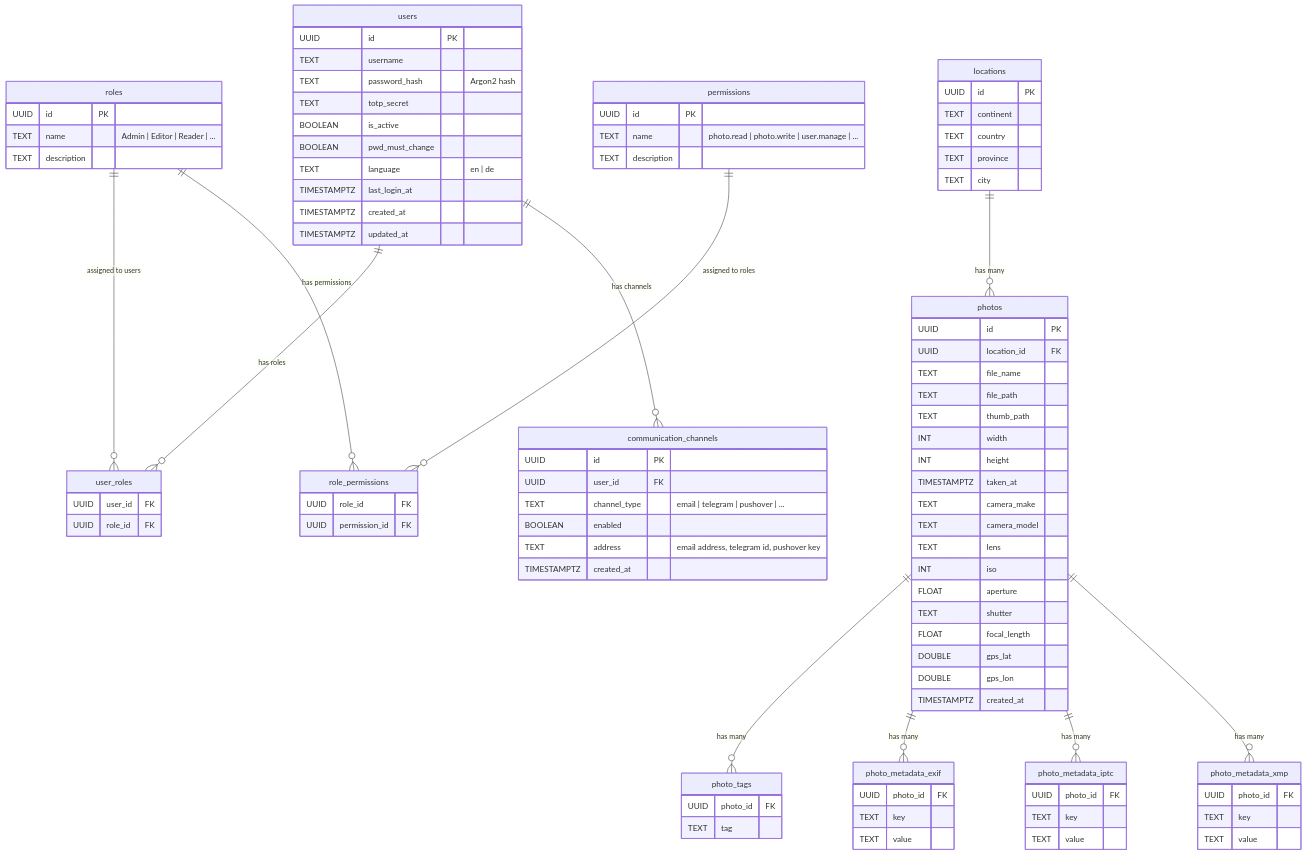
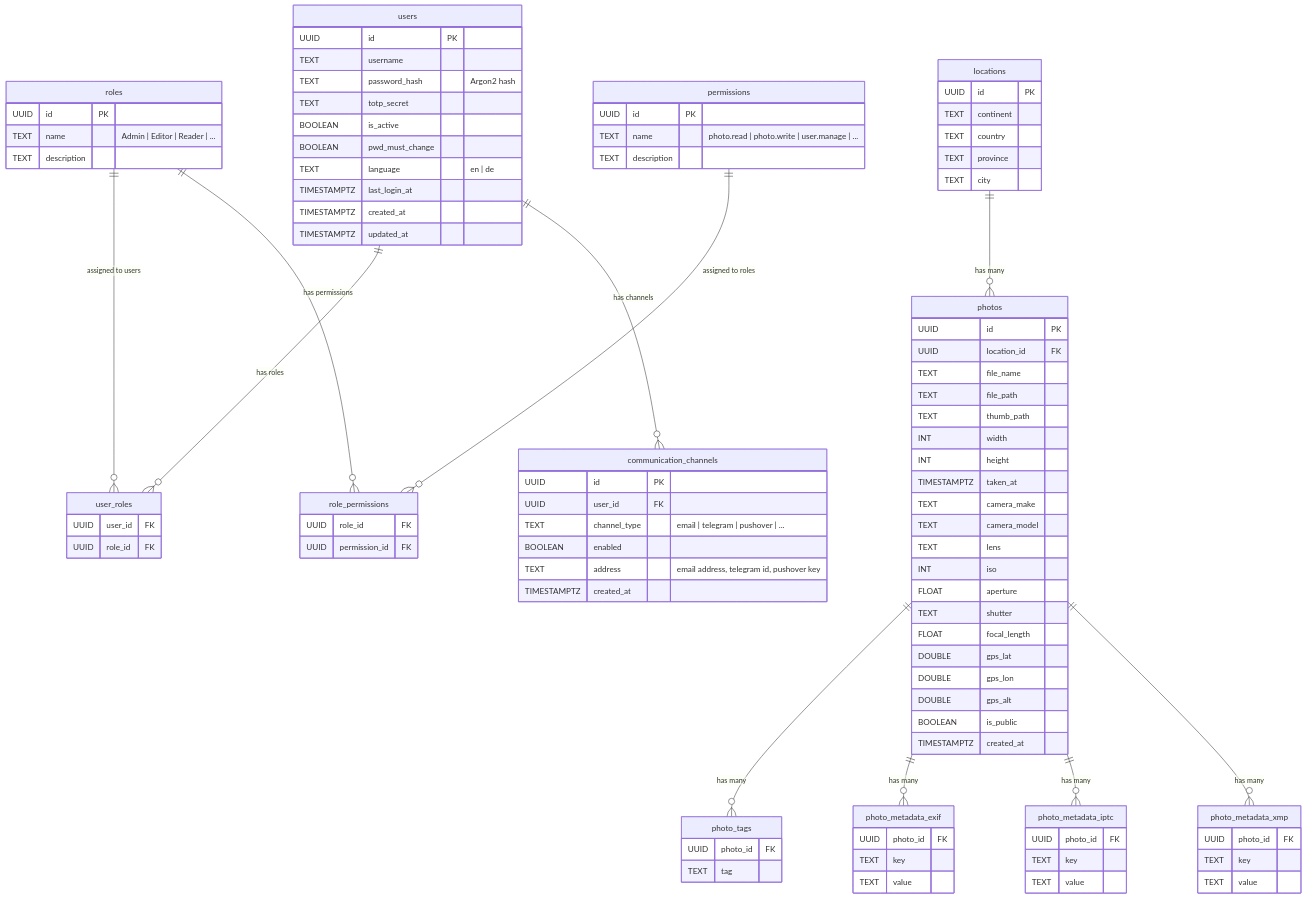
The diagram in docs/er-model.md (Zheng-Bote/web-gallery_backend_h2o-drogon), drawn with Mermaid before and after one commit. The commit also changed 24 other files, not shown here.

```diff
--- a/docs/er-model.md
+++ b/docs/er-model.md
@@ -97,6 +97,8 @@
         FLOAT focal_length
         DOUBLE gps_lat
         DOUBLE gps_lon
+        DOUBLE gps_alt
+        BOOLEAN is_public
         TIMESTAMPTZ created_at
     }
 
```
